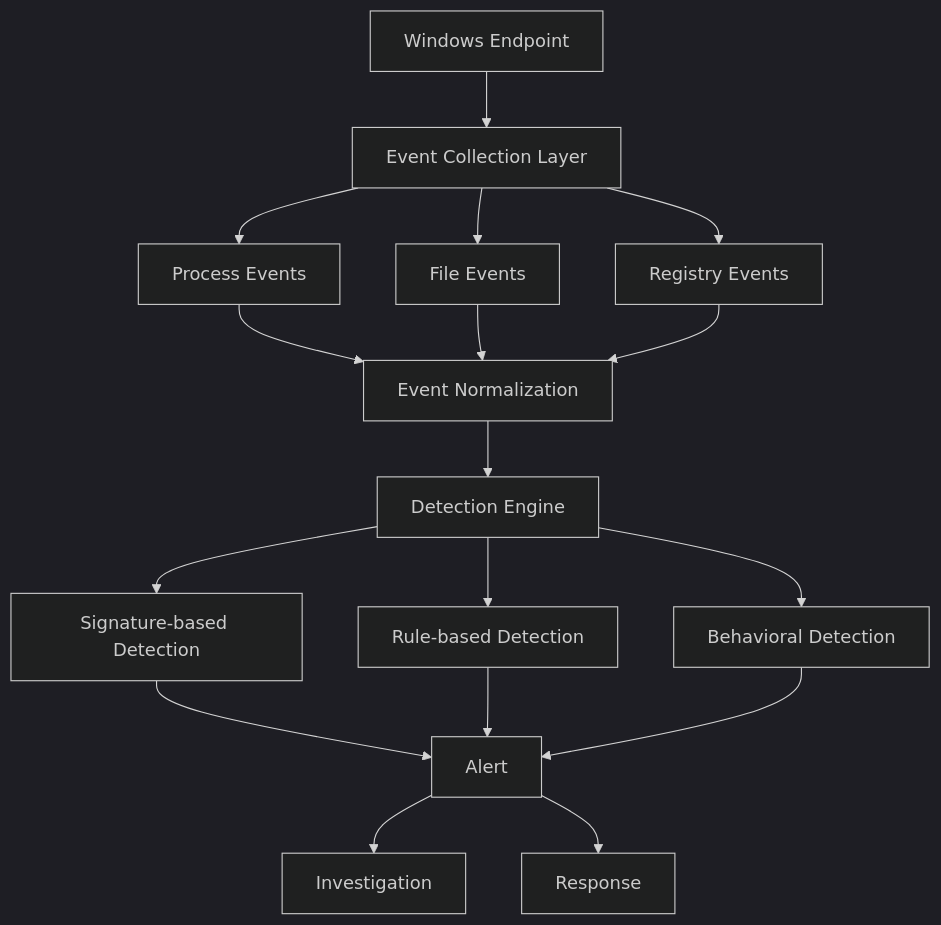
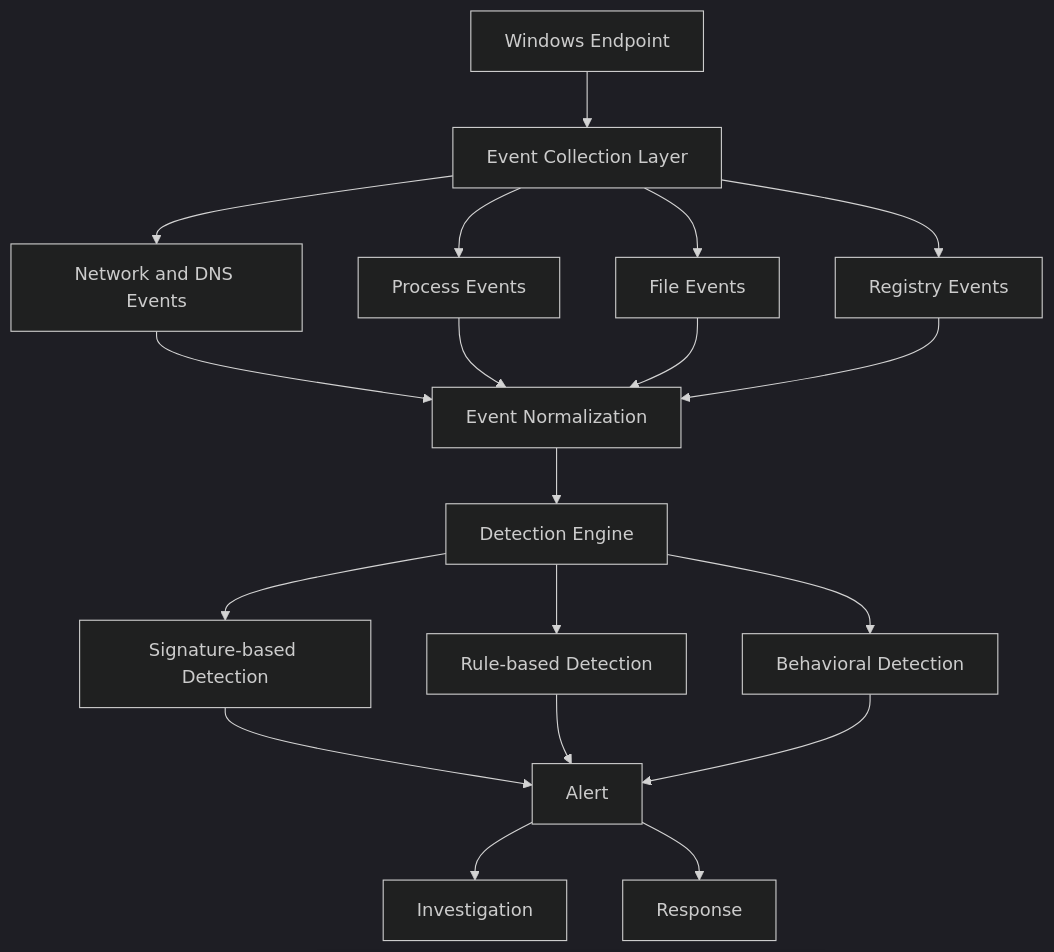
One commit to Kientran18/DACN changed the diagram in docs/architecture/preliminary-security-architecture.md. Above: the diagram before and after it, drawn with Mermaid (dark theme). The commit also changed other lines of this file and 31 other files, not shown here.

Commit message:
docs: reconcile W01-W03 evidence, event schema and review backlog

````diff
--- a/docs/architecture/preliminary-security-architecture.md
+++ b/docs/architecture/preliminary-security-architecture.md
@@ -27,19 +27,21 @@
 ```mermaid
 flowchart TD
     A[Windows Endpoint] --> B[Event Collection Layer]
     B --> C1[Process Events]
     B --> C2[File Events]
     B --> C3[Registry Events]
+    B --> C4[Network and DNS Events]
+    C4 --> D
     C1 --> D[Event Normalization]
     C2 --> D
     C3 --> D
     D --> E[Detection Engine]
     E --> F1[Signature-based Detection]
     E --> F2[Rule-based Detection]
     E --> F3[Behavioral Detection]
     F1 --> G[Alert]
     F2 --> G
     F3 --> G
     G --> H[Investigation]
     G --> I[Response]
 ```
````
